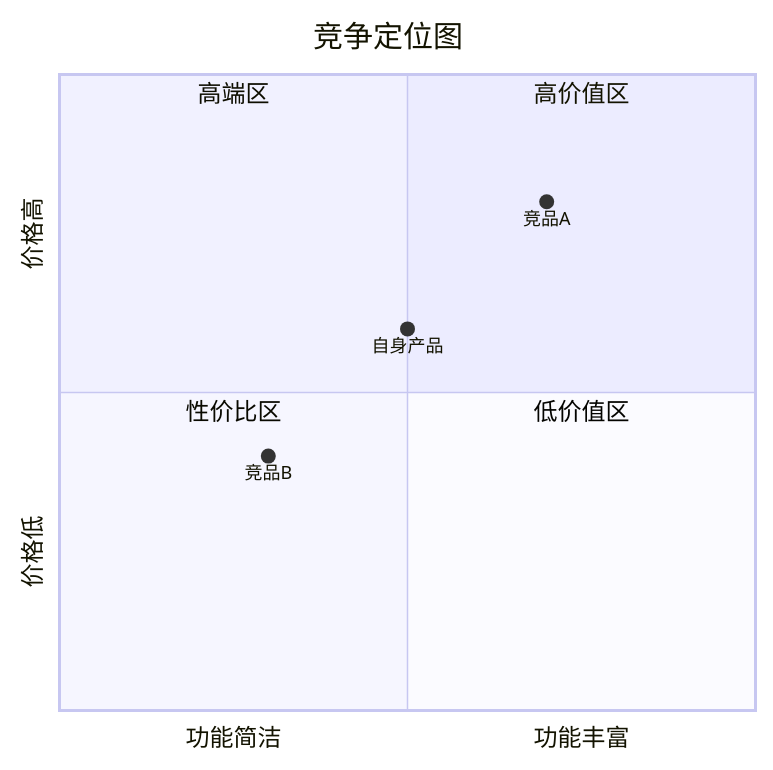
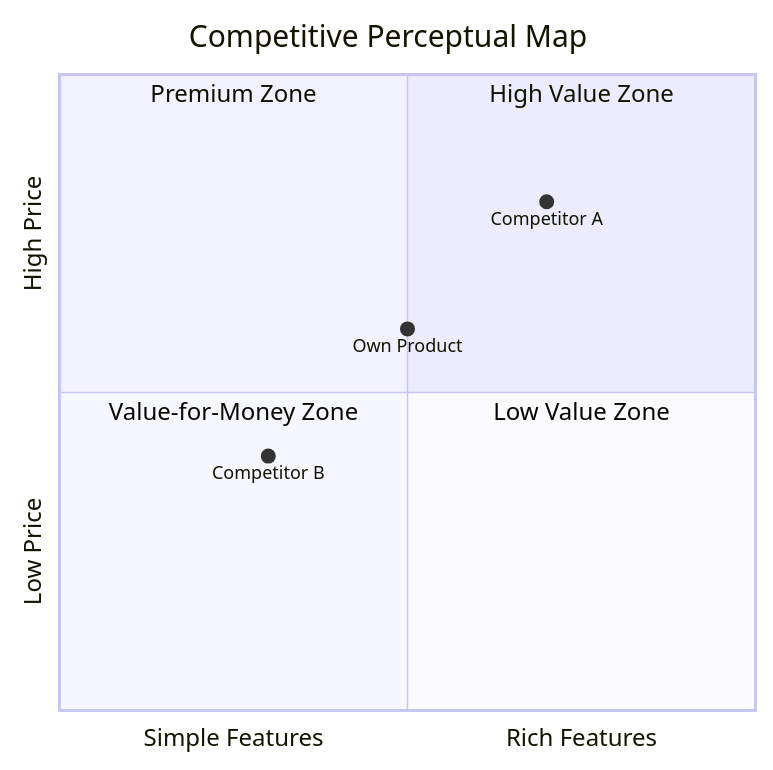
Before and after one commit to LuckyOneTwoThree/harness-all: the diagram in harness-pm/.harness/skills/pm/market-competitor-analysis/SKILL.md, drawn with Mermaid. The commit also changed other lines of this file and 416 other files, not shown here.

````diff
--- a/harness-pm/.harness/skills/pm/market-competitor-analysis/SKILL.md
+++ b/harness-pm/.harness/skills/pm/market-competitor-analysis/SKILL.md
@@ -315,13 +315,13 @@
 ```mermaid
 quadrantChart
-    title 竞争定位图
-    x-axis "功能简洁" --> "功能丰富"
-    y-axis "价格低" --> "价格高"
-    quadrant-1 "高价值区"
-    quadrant-2 "高端区"
-    quadrant-3 "性价比区"
-    quadrant-4 "低价值区"
-    "竞品A": [0.7, 0.8]
-    "竞品B": [0.3, 0.4]
-    "自身产品": [0.5, 0.6]
+    title Competitive Perceptual Map
+    x-axis "Simple Features" --> "Rich Features"
+    y-axis "Low Price" --> "High Price"
+    quadrant-1 "High Value Zone"
+    quadrant-2 "Premium Zone"
+    quadrant-3 "Value-for-Money Zone"
+    quadrant-4 "Low Value Zone"
+    "Competitor A": [0.7, 0.8]
+    "Competitor B": [0.3, 0.4]
+    "Own Product": [0.5, 0.6]
 ```
````
